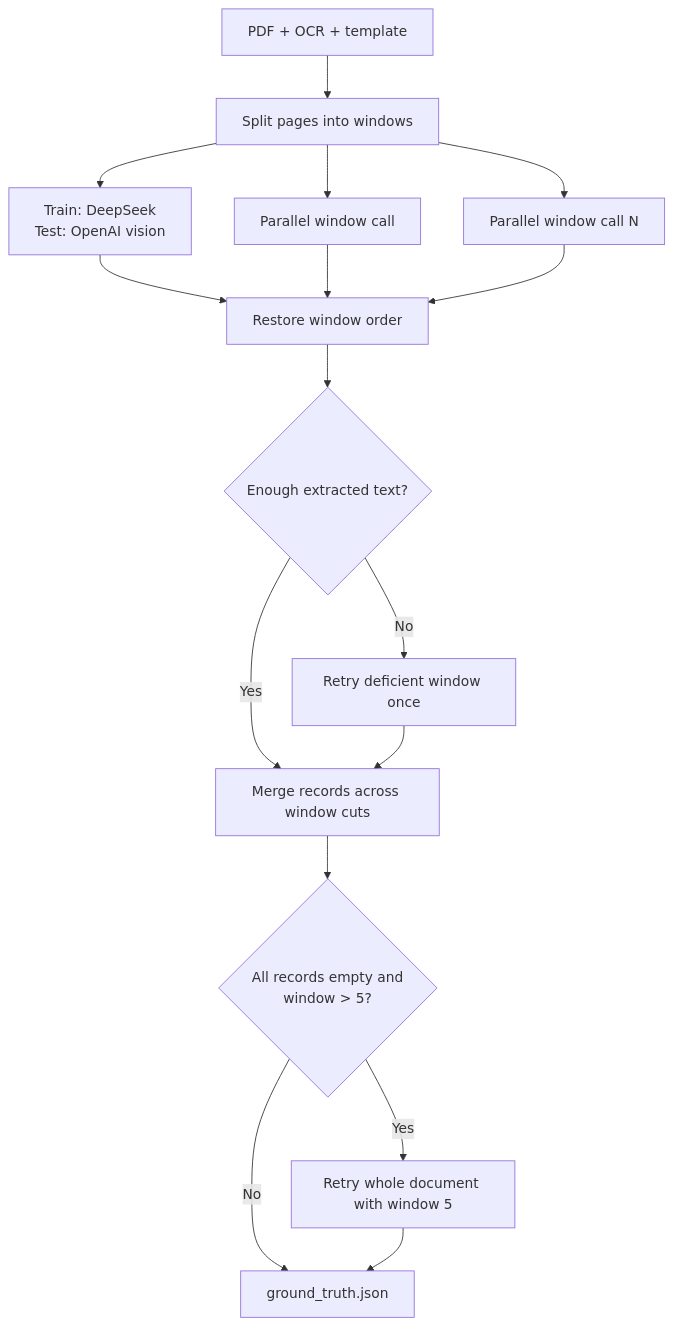
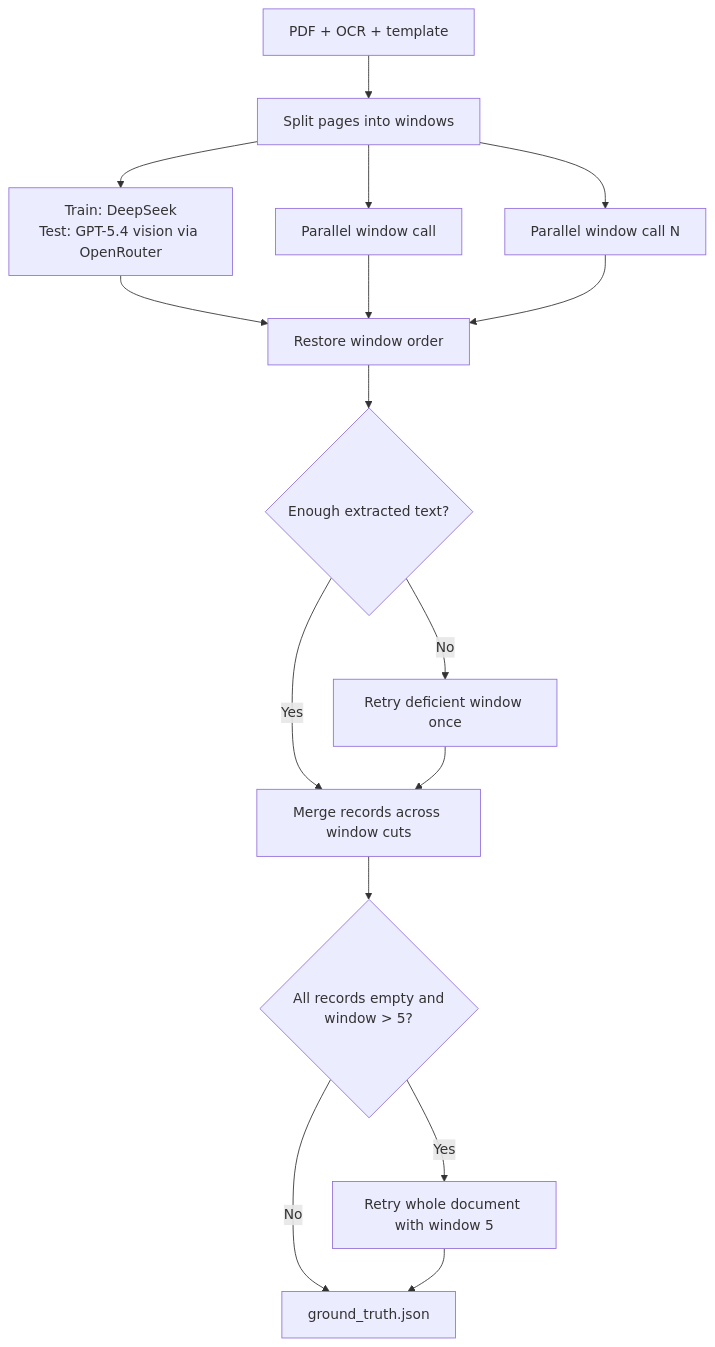
One commit to riccardobollati/twix_2 changed the fifth of 6 diagrams in README.md. Above: the diagram before and after it, drawn with Mermaid. The commit also changed other lines of this file and 11 other files, not shown here.

Commit message:
Route held-out ground truth through OpenRouter

````diff
--- a/README.md
+++ b/README.md
@@ -442,18 +444,18 @@
 ```mermaid
 flowchart TD
     P["PDF + OCR + template"] --> W["Split pages into windows"]
-    W --> C1["Train: DeepSeek<br/>Test: OpenAI vision"]
+    W --> C1["Train: DeepSeek<br/>Test: GPT-5.4 vision via OpenRouter"]
     W --> C2["Parallel window call"]
     W --> CN["Parallel window call N"]
     C1 --> ORDER["Restore window order"]
     C2 --> ORDER
     CN --> ORDER
     ORDER --> COVER{"Enough extracted text?"}
     COVER -- No --> RETRY["Retry deficient window once"]
     COVER -- Yes --> BOUND["Merge records across window cuts"]
     RETRY --> BOUND
     BOUND --> EMPTY{"All records empty and<br/>window > 5?"}
     EMPTY -- Yes --> SMALL["Retry whole document with window 5"]
     EMPTY -- No --> GT["ground_truth.json"]
     SMALL --> GT
 ```
````
